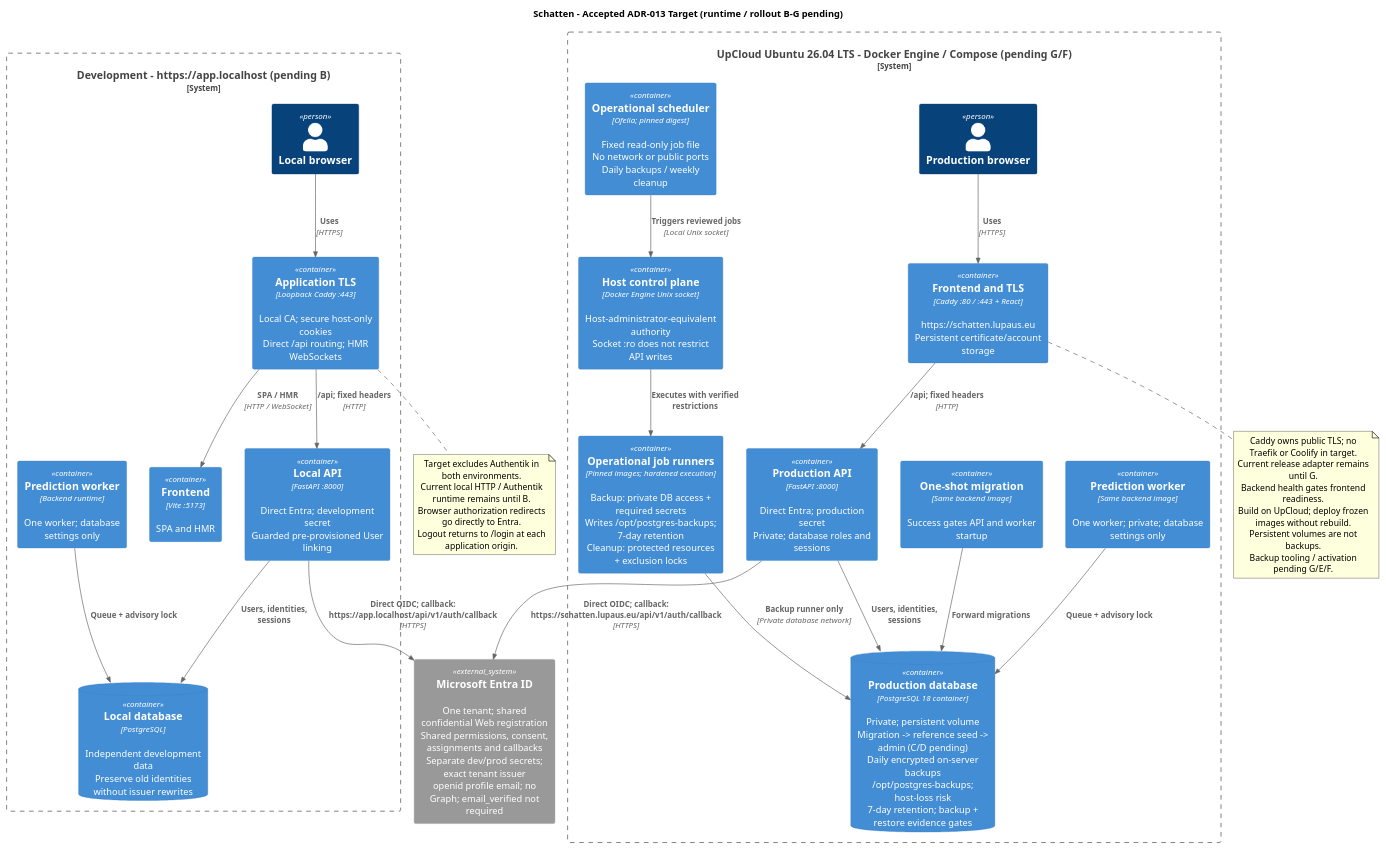
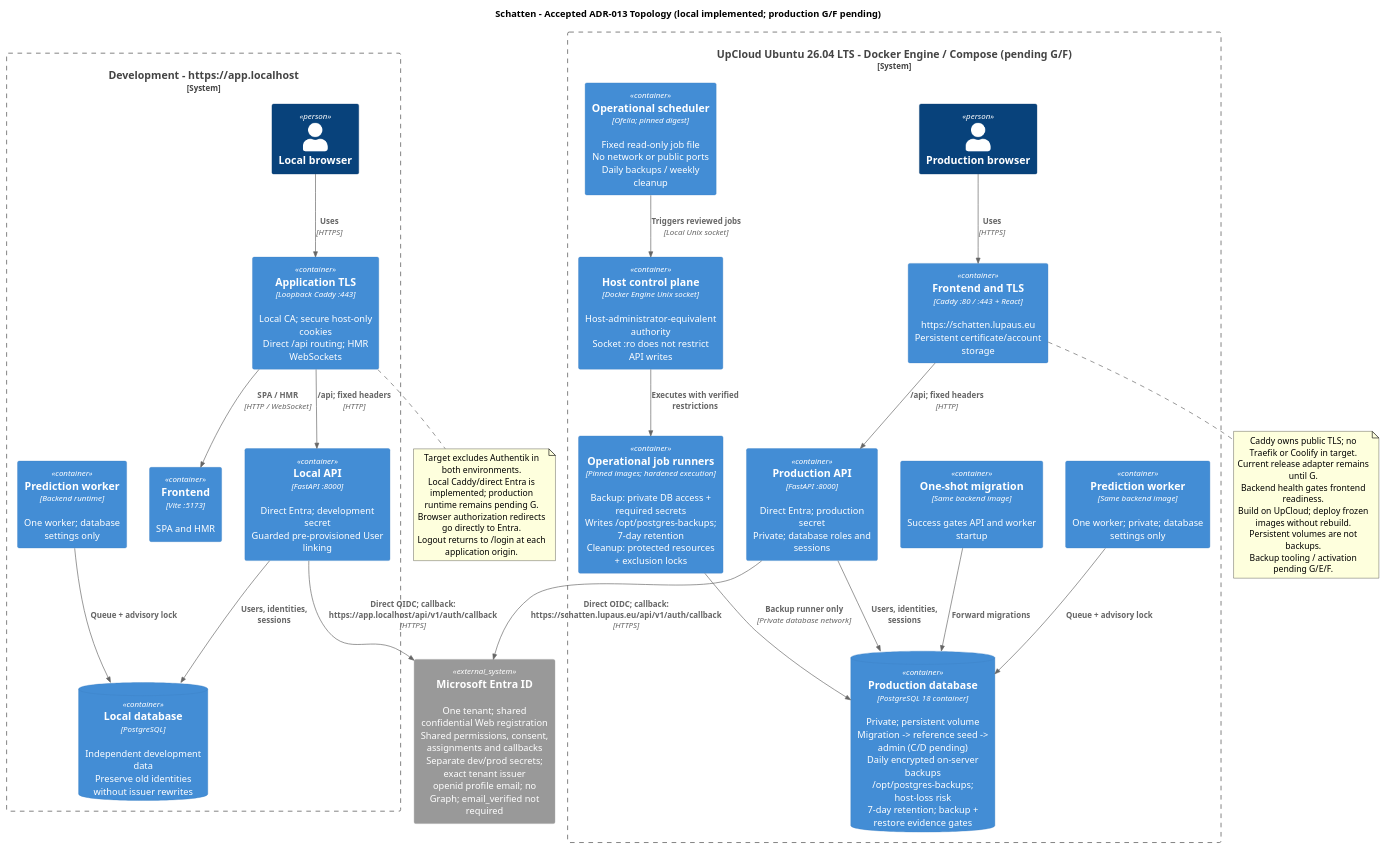
One commit to lupaus-eu/shadow changed the diagram in docs/diagrams/component-authentication-topology.puml. Above: the diagram before and after it, drawn with PlantUML. The commit also changed 53 other files, not shown here.

First line of the commit message:
feature(auth): replace Authentik with direct Entra in dev (#82)

```diff
--- a/docs/diagrams/component-authentication-topology.puml
+++ b/docs/diagrams/component-authentication-topology.puml
@@ -1,61 +1,61 @@
 @startuml
 !include <C4/C4_Container>
-title Schatten - Accepted ADR-013 Target (runtime / rollout B-G pending)
+title Schatten - Accepted ADR-013 Topology (local implemented; production G/F pending)
 
 System_Ext(entra, "Microsoft Entra ID", "One tenant; shared confidential Web registration\nShared permissions, consent, assignments and callbacks\nSeparate dev/prod secrets; exact tenant issuer\nopenid profile email; no Graph; email_verified not required")
 
-System_Boundary(local, "Development - https://app.localhost (pending B)") {
+System_Boundary(local, "Development - https://app.localhost") {
   Person(local_browser, "Local browser")
   Container(app_tls, "Application TLS", "Loopback Caddy :443", "Local CA; secure host-only cookies\nDirect /api routing; HMR WebSockets")
   Container(vite, "Frontend", "Vite :5173", "SPA and HMR")
   Container(local_api, "Local API", "FastAPI :8000", "Direct Entra; development secret\nGuarded pre-provisioned User linking")
   Container(local_worker, "Prediction worker", "Backend runtime", "One worker; database settings only")
   ContainerDb(local_db, "Local database", "PostgreSQL", "Independent development data\nPreserve old identities without issuer rewrites")
 
   Rel(local_browser, app_tls, "Uses", "HTTPS")
   Rel(app_tls, vite, "SPA / HMR", "HTTP / WebSocket")
   Rel(app_tls, local_api, "/api; fixed headers", "HTTP")
   Rel(local_api, local_db, "Users, identities, sessions")
   Rel(local_worker, local_db, "Queue + advisory lock")
 }
 
 System_Boundary(prod, "UpCloud Ubuntu 26.04 LTS - Docker Engine / Compose (pending G/F)") {
   Person(prod_browser, "Production browser")
   Container(caddy, "Frontend and TLS", "Caddy :80 / :443 + React", "https://schatten.lupaus.eu\nPersistent certificate/account storage")
   Container(prod_api, "Production API", "FastAPI :8000", "Direct Entra; production secret\nPrivate; database roles and sessions")
   Container(prod_worker, "Prediction worker", "Same backend image", "One worker; private; database settings only")
   Container(migration, "One-shot migration", "Same backend image", "Success gates API and worker startup")
   Container(ofelia, "Operational scheduler", "Ofelia; pinned digest", "Fixed read-only job file\nNo network or public ports\nDaily backups / weekly cleanup")
   Container(docker_api, "Host control plane", "Docker Engine Unix socket", "Host-administrator-equivalent authority\nSocket :ro does not restrict API writes")
   Container(ops_jobs, "Operational job runners", "Pinned images; hardened execution", "Backup: private DB access + required secrets\nWrites /opt/postgres-backups; 7-day retention\nCleanup: protected resources + exclusion locks")
   ContainerDb(prod_db, "Production database", "PostgreSQL 18 container", "Private; persistent volume\nMigration -> reference seed -> admin (C/D pending)\nDaily encrypted on-server backups\n/opt/postgres-backups; host-loss risk\n7-day retention; backup + restore evidence gates")
 
   Rel(prod_browser, caddy, "Uses", "HTTPS")
   Rel(caddy, prod_api, "/api; fixed headers", "HTTP")
   Rel(prod_api, prod_db, "Users, identities, sessions")
   Rel(prod_worker, prod_db, "Queue + advisory lock")
   Rel(migration, prod_db, "Forward migrations")
   Rel(ofelia, docker_api, "Triggers reviewed jobs", "Local Unix socket")
   Rel(docker_api, ops_jobs, "Executes with verified restrictions")
   Rel(ops_jobs, prod_db, "Backup runner only", "Private database network")
 }
 
 Rel(local_api, entra, "Direct OIDC; callback:\nhttps://app.localhost/api/v1/auth/callback", "HTTPS")
 Rel(prod_api, entra, "Direct OIDC; callback:\nhttps://schatten.lupaus.eu/api/v1/auth/callback", "HTTPS")
 
 note bottom of app_tls
   Target excludes Authentik in both environments.
-  Current local HTTP / Authentik runtime remains until B.
+  Local Caddy/direct Entra is implemented; production runtime remains pending G.
   Browser authorization redirects go directly to Entra.
   Logout returns to /login at each application origin.
 end note
 
 note bottom of caddy
   Caddy owns public TLS; no Traefik or Coolify in target.
   Current release adapter remains until G.
   Backend health gates frontend readiness.
   Build on UpCloud; deploy frozen images without rebuild.
   Persistent volumes are not backups.
   Backup tooling / activation pending G/E/F.
 end note
 @enduml
```
